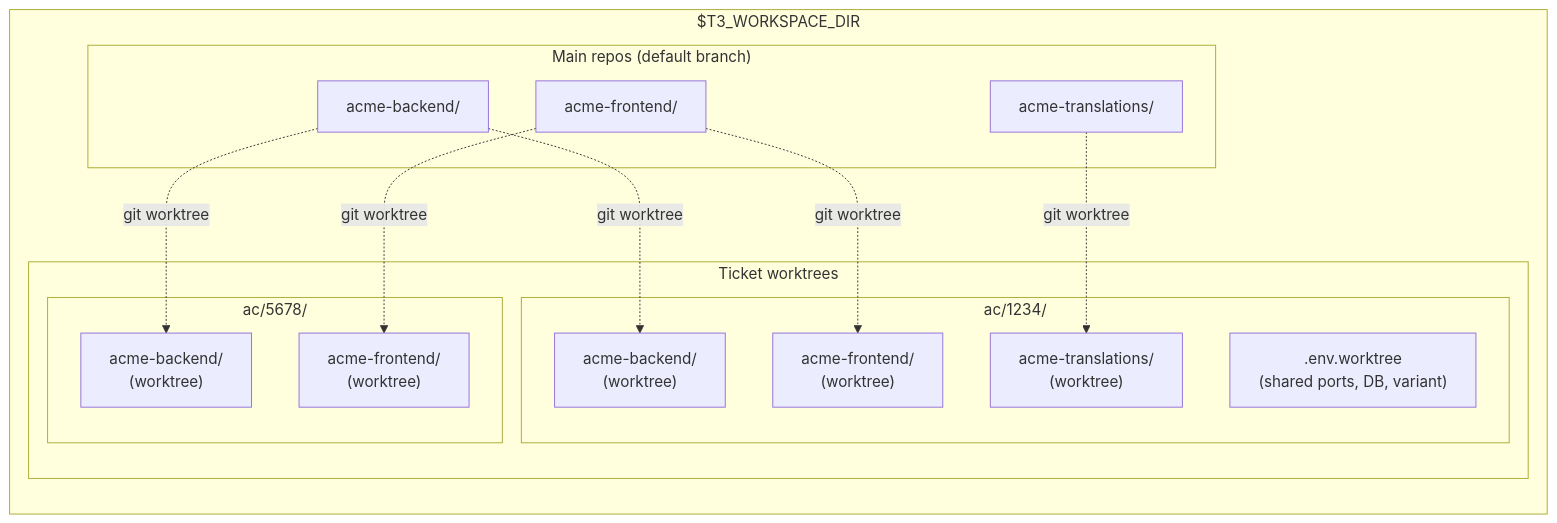
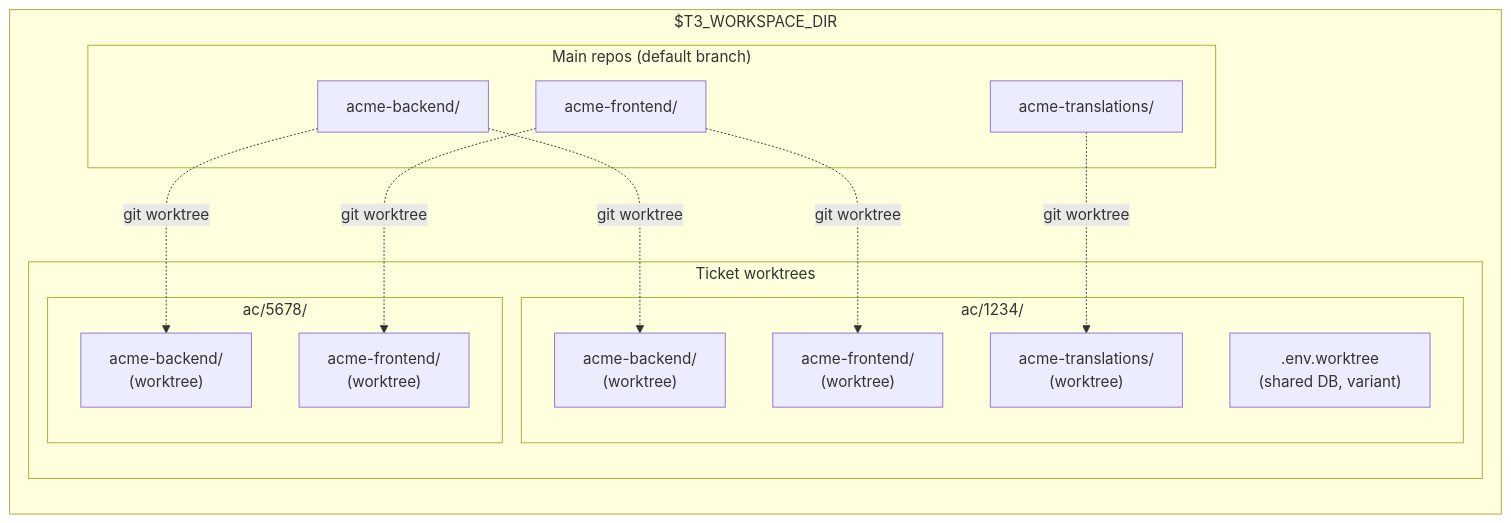
The first of 2 diagrams in skills/workspace/SKILL.md (souliane/teatree), drawn with Mermaid before and after one commit. The commit also changed other lines of this file, not shown here.

Commit message:
docs(workspace): remove stale port references from .env.worktree description
Ports are ephemeral (allocated at lifecycle start, injected via process
env). The skill incorrectly described .env.worktree as storing ports.

````diff
--- a/skills/workspace/SKILL.md
+++ b/skills/workspace/SKILL.md
@@ -29,29 +29,29 @@
 ```mermaid
 graph TD
   subgraph "$T3_WORKSPACE_DIR"
     direction TB
     subgraph "Main repos (default branch)"
       main_be["acme-backend/"]
       main_fe["acme-frontend/"]
       main_tr["acme-translations/"]
     end
     subgraph "Ticket worktrees"
       subgraph "ac/1234/"
         wt_be["acme-backend/<br/>(worktree)"]
         wt_fe["acme-frontend/<br/>(worktree)"]
         wt_tr["acme-translations/<br/>(worktree)"]
-        envfile[".env.worktree<br/>(shared ports, DB, variant)"]
+        envfile[".env.worktree<br/>(shared DB, variant)"]
       end
       subgraph "ac/5678/"
         wt2_be["acme-backend/<br/>(worktree)"]
         wt2_fe["acme-frontend/<br/>(worktree)"]
       end
     end
   end
 
   main_be -.->|"git worktree"| wt_be
   main_fe -.->|"git worktree"| wt_fe
   main_tr -.->|"git worktree"| wt_tr
   main_be -.->|"git worktree"| wt2_be
   main_fe -.->|"git worktree"| wt2_fe
 ```
````
